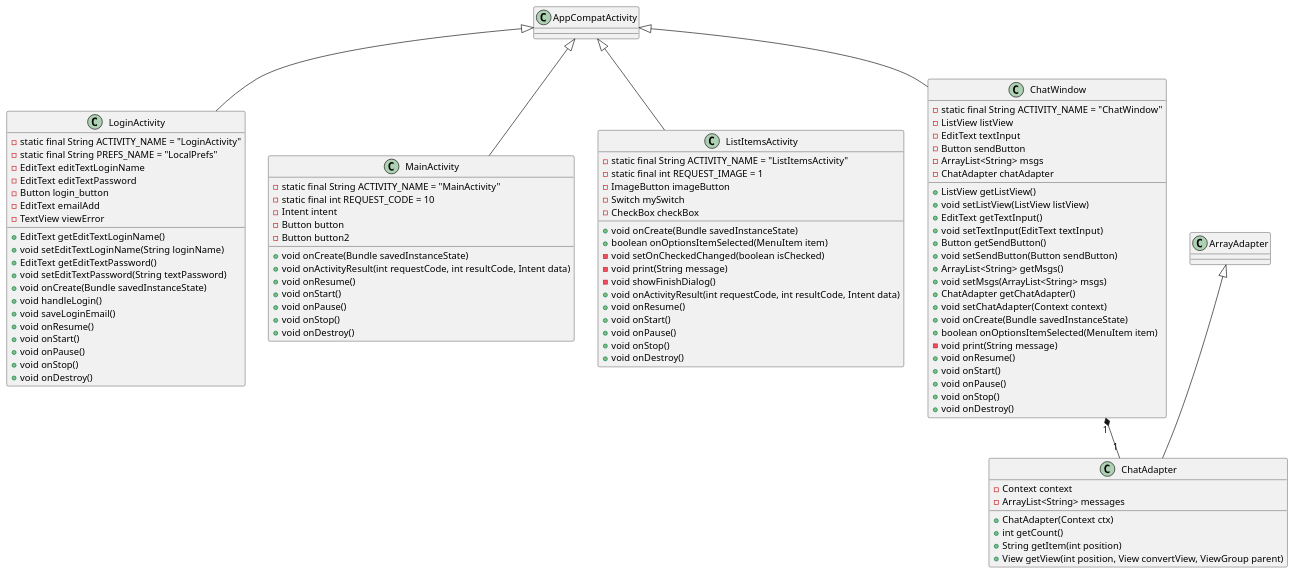
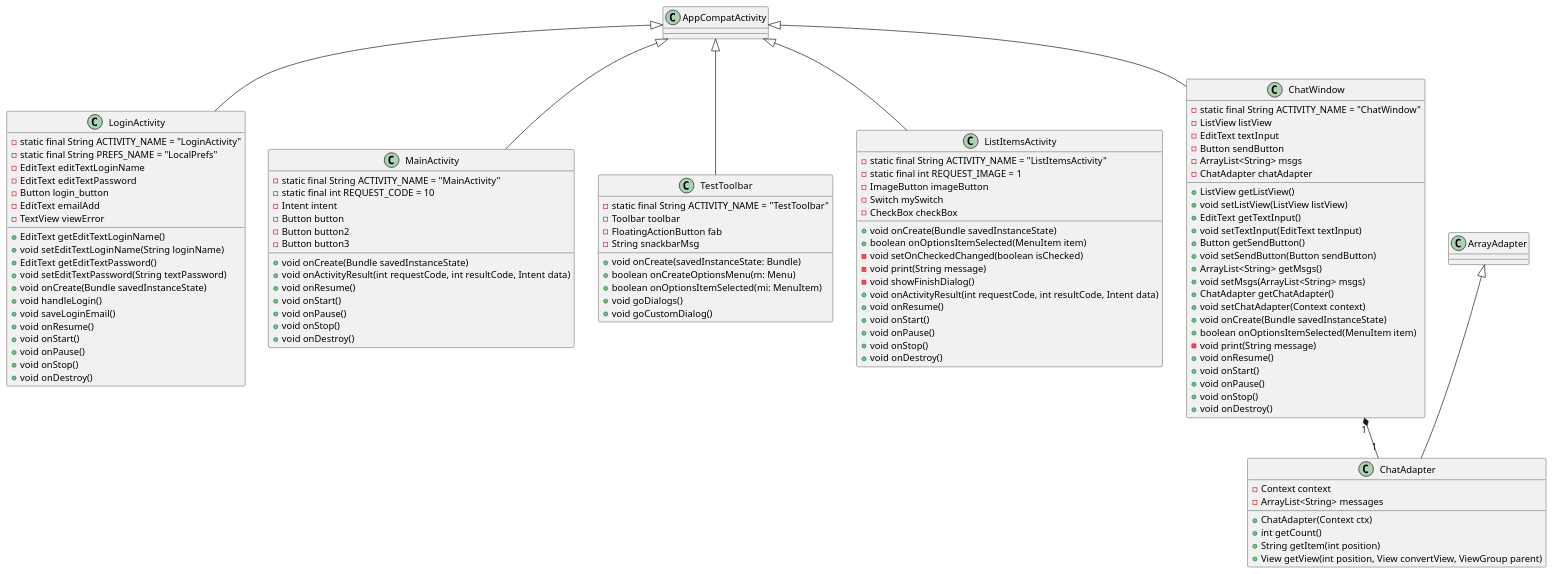
The diagram in app/src/main/java/com/example/myapplication/myappuml.puml (burgerman/MyAndroidApplication), drawn with PlantUML before and after one commit.

Commit message:
update uml file

```diff
--- a/app/src/main/java/com/example/myapplication/myappuml.puml
+++ b/app/src/main/java/com/example/myapplication/myappuml.puml
@@ -1,100 +1,113 @@
 @startuml
 class LoginActivity extends AppCompatActivity {
     - static final String ACTIVITY_NAME = "LoginActivity"
     - static final String PREFS_NAME = "LocalPrefs"
     - EditText editTextLoginName
     - EditText editTextPassword
     - Button login_button
     - EditText emailAdd
     - TextView viewError
 
     + EditText getEditTextLoginName()
     + void setEditTextLoginName(String loginName)
     + EditText getEditTextPassword()
     + void setEditTextPassword(String textPassword)
     + void onCreate(Bundle savedInstanceState)
     + void handleLogin()
     + void saveLoginEmail()
     + void onResume()
     + void onStart()
     + void onPause()
     + void onStop()
     + void onDestroy()
 }
 
 class MainActivity extends AppCompatActivity {
     - static final String ACTIVITY_NAME = "MainActivity"
     - static final int REQUEST_CODE = 10
     - Intent intent
     - Button button
     - Button button2
+    - Button button3
 
     + void onCreate(Bundle savedInstanceState)
     + void onActivityResult(int requestCode, int resultCode, Intent data)
     + void onResume()
     + void onStart()
     + void onPause()
     + void onStop()
     + void onDestroy()
+}
+
+class TestToolbar extends AppCompatActivity {
+    - static final String ACTIVITY_NAME = "TestToolbar"
+    - Toolbar toolbar
+    - FloatingActionButton fab
+    - String snackbarMsg
+    + void onCreate(savedInstanceState: Bundle)
+    + boolean onCreateOptionsMenu(m: Menu)
+    + boolean onOptionsItemSelected(mi: MenuItem)
+    + void goDialogs()
+    + void goCustomDialog()
 }
 
 class ListItemsActivity extends AppCompatActivity {
     - static final String ACTIVITY_NAME = "ListItemsActivity"
     - static final int REQUEST_IMAGE = 1
     - ImageButton imageButton
     - Switch mySwitch
     - CheckBox checkBox
 
     + void onCreate(Bundle savedInstanceState)
     + boolean onOptionsItemSelected(MenuItem item)
     - void setOnCheckedChanged(boolean isChecked)
     - void print(String message)
     - void showFinishDialog()
     + void onActivityResult(int requestCode, int resultCode, Intent data)
     + void onResume()
     + void onStart()
     + void onPause()
     + void onStop()
     + void onDestroy()
 }
 
 class ChatWindow extends AppCompatActivity {
     - static final String ACTIVITY_NAME = "ChatWindow"
     - ListView listView
     - EditText textInput
     - Button sendButton
     - ArrayList<String> msgs
     - ChatAdapter chatAdapter
 
     + ListView getListView()
     + void setListView(ListView listView)
     + EditText getTextInput()
     + void setTextInput(EditText textInput)
     + Button getSendButton()
     + void setSendButton(Button sendButton)
     + ArrayList<String> getMsgs()
     + void setMsgs(ArrayList<String> msgs)
     + ChatAdapter getChatAdapter()
     + void setChatAdapter(Context context)
     + void onCreate(Bundle savedInstanceState)
     + boolean onOptionsItemSelected(MenuItem item)
     - void print(String message)
     + void onResume()
     + void onStart()
     + void onPause()
     + void onStop()
     + void onDestroy()
 }
 
 class ChatAdapter extends ArrayAdapter<String> {
     - Context context
     - ArrayList<String> messages
 
     + ChatAdapter(Context ctx)
     + int getCount()
     + String getItem(int position)
     + View getView(int position, View convertView, ViewGroup parent)
 }
 
 ChatWindow "1" *-- "1" ChatAdapter
 @enduml
```
